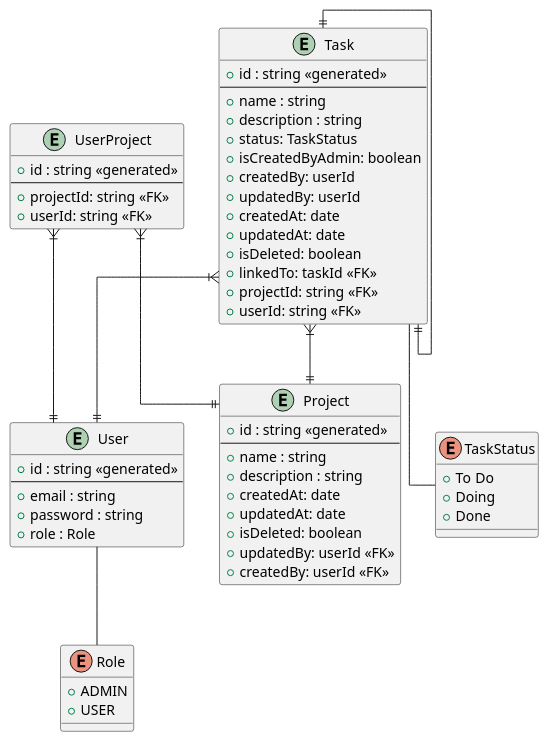
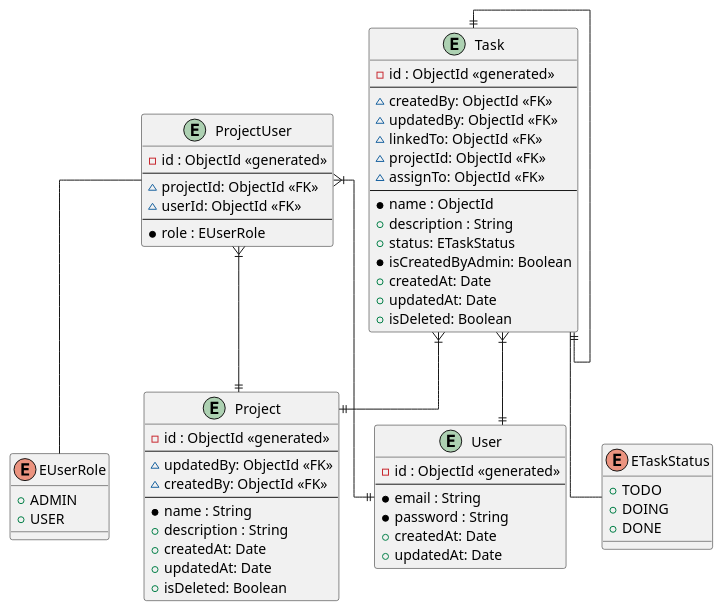
The diagram in docs/ERD.wsd (TienDat57/TodoList-Loopback), drawn with PlantUML before and after one commit. The commit also changed 7 other files, not shown here.

Commit message:
TL - 02 | Update ERD & revise enum

```diff
--- a/docs/ERD.wsd
+++ b/docs/ERD.wsd
@@ -1,72 +1,77 @@
 @startuml TodoList-Loopback
 
 skinparam linetype ortho
 
 entity Project {
-  + id : string <<generated>>
+  - id : ObjectId <<generated>>
   --
-  + name : string
-  + description : string
-  + createdAt: date
-  + updatedAt: date
-  + isDeleted: boolean
-  + updatedBy: userId <<FK>>
-  + createdBy: userId <<FK>>
+  ~ updatedBy: ObjectId <<FK>>
+  ~ createdBy: ObjectId <<FK>>
+  --
+  * name : String
+  + description : String
+  + createdAt: Date
+  + updatedAt: Date
+  + isDeleted: Boolean
 }
 
 entity User {
-  + id : string <<generated>>
+  - id : ObjectId <<generated>>
   --
-  + email : string
-  + password : string
-  + role : Role
+  * email : String
+  * password : String
+  + createdAt: Date
+  + updatedAt: Date
 }
 
 entity Task {
-  + id : string <<generated>>
+  - id : ObjectId <<generated>>
   --
-  + name : string
-  + description : string
-  + status: TaskStatus
-  + isCreatedByAdmin: boolean
-  + createdBy: userId
-  + updatedBy: userId
-  + createdAt: date
-  + updatedAt: date
-  + isDeleted: boolean
-  + linkedTo: taskId <<FK>>
-  + projectId: string <<FK>>
-  + userId: string <<FK>>
+  ~ createdBy: ObjectId <<FK>>
+  ~ updatedBy: ObjectId <<FK>>
+  ~ linkedTo: ObjectId <<FK>>
+  ~ projectId: ObjectId <<FK>>
+  ~ assignTo: ObjectId <<FK>>
+  --
+  * name : ObjectId
+  + description : String
+  + status: ETaskStatus
+  * isCreatedByAdmin: Boolean
+  + createdAt: Date
+  + updatedAt: Date
+  + isDeleted: Boolean
 }
 
-enum Role {
+entity ProjectUser {
+  - id : ObjectId <<generated>>
+  --
+  ~ projectId: ObjectId <<FK>>
+  ~ userId: ObjectId <<FK>>
+  --
+  * role : EUserRole
+}
+
+enum EUserRole {
   + ADMIN
   + USER
 }
 
-enum TaskStatus {
-  + To Do
-  + Doing
-  + Done
+enum ETaskStatus {
+  + TODO
+  + DOING
+  + DONE
 }
 
-entity UserProject {
-  + id : string <<generated>>
-  --
-  + projectId: string <<FK>>
-  + userId: string <<FK>>
-}
+Task -- ETaskStatus
 
-Task--TaskStatus
-
-User -- Role
+ProjectUser -- EUserRole
 
 Task ||--||Task
 
-UserProject }|--|| User
-UserProject }|--|| Project
+ProjectUser }|--|| User
+ProjectUser }|--|| Project
 
 Task }|--|| Project
 Task }|--|| User
 
 @enduml
```
